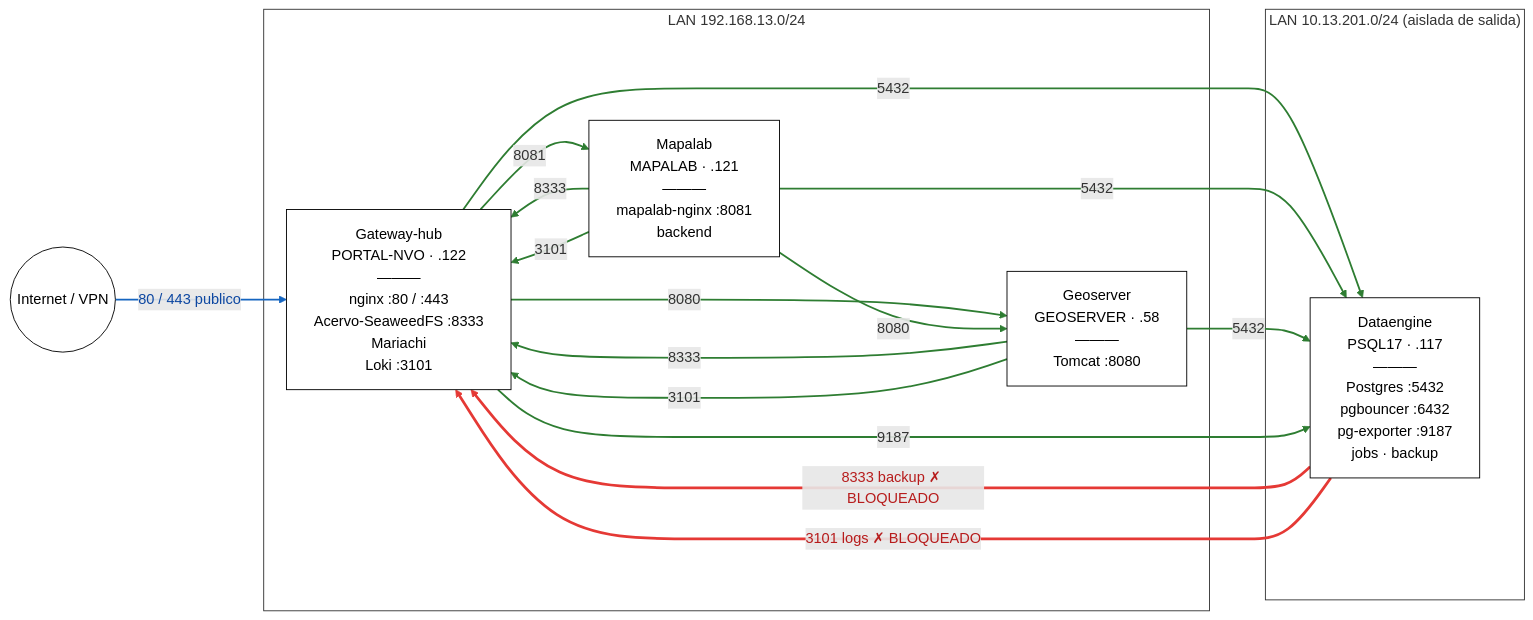
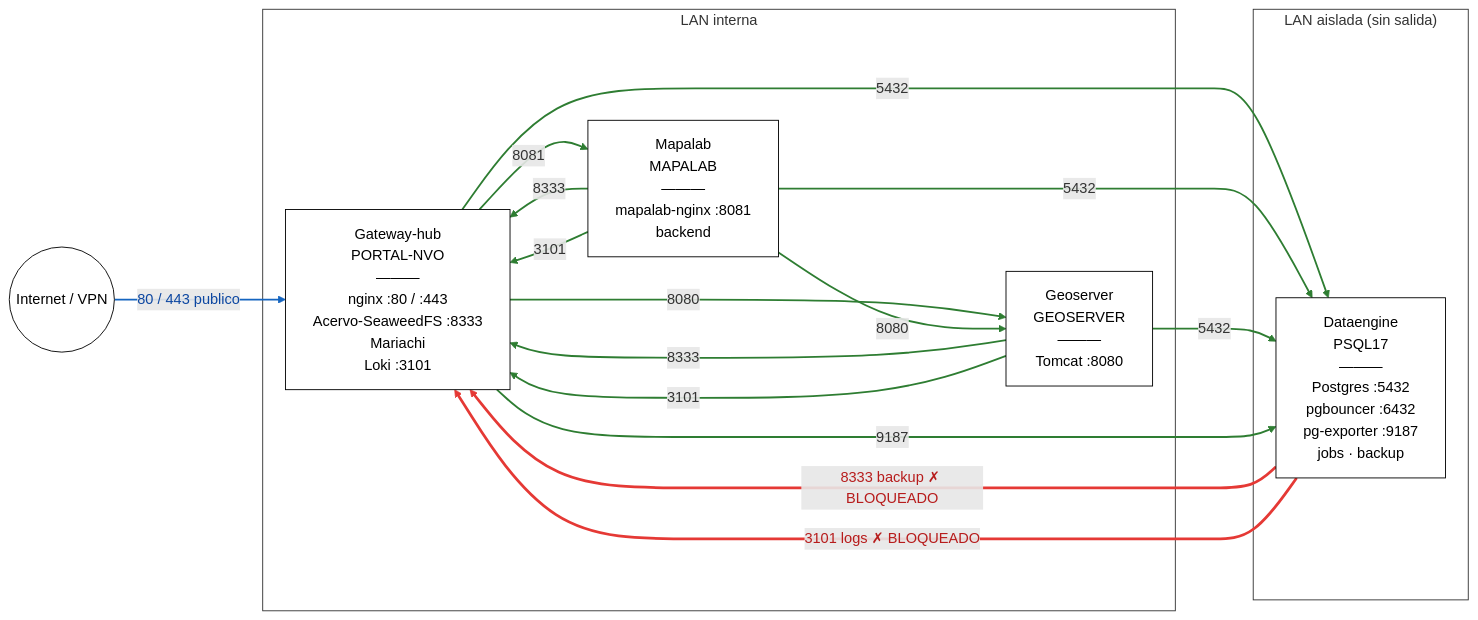
One commit to iieg-oficial/gateway-hub changed the diagram in docs/puertos-produccion.mmd. Above: the diagram before and after it, drawn with Mermaid. The commit also changed 4 other files, not shown here.

```diff
--- a/docs/puertos-produccion.mmd
+++ b/docs/puertos-produccion.mmd
@@ -1,34 +1,34 @@
 flowchart LR
   NET(("Internet / VPN"))
 
-  subgraph LANA["LAN 192.168.13.0/24"]
-    S1["Gateway-hub<br/>PORTAL-NVO · .122<br/>———<br/>nginx :80 / :443<br/>Acervo-SeaweedFS :8333<br/>Mariachi<br/>Loki :3101"]
-    S2["Mapalab<br/>MAPALAB · .121<br/>———<br/>mapalab-nginx :8081<br/>backend"]
-    S3["Geoserver<br/>GEOSERVER · .58<br/>———<br/>Tomcat :8080"]
+  subgraph LANA["LAN interna"]
+    S1["Gateway-hub<br/>PORTAL-NVO<br/>———<br/>nginx :80 / :443<br/>Acervo-SeaweedFS :8333<br/>Mariachi<br/>Loki :3101"]
+    S2["Mapalab<br/>MAPALAB<br/>———<br/>mapalab-nginx :8081<br/>backend"]
+    S3["Geoserver<br/>GEOSERVER<br/>———<br/>Tomcat :8080"]
   end
-  subgraph LANB["LAN 10.13.201.0/24 (aislada de salida)"]
-    S4["Dataengine<br/>PSQL17 · .117<br/>———<br/>Postgres :5432<br/>pgbouncer :6432<br/>pg-exporter :9187<br/>jobs · backup"]
+  subgraph LANB["LAN aislada (sin salida)"]
+    S4["Dataengine<br/>PSQL17<br/>———<br/>Postgres :5432<br/>pgbouncer :6432<br/>pg-exporter :9187<br/>jobs · backup"]
   end
 
   NET -->|"80 / 443 publico"| S1
   S1 -->|"5432"| S4
   S2 -->|"5432"| S4
   S3 -->|"5432"| S4
   S1 -->|"8081"| S2
   S1 -->|"8080"| S3
   S2 -->|"8080"| S3
   S2 -->|"8333"| S1
   S3 -->|"8333"| S1
   S4 ==>|"8333 backup ✗ BLOQUEADO"| S1
   S4 ==>|"3101 logs ✗ BLOQUEADO"| S1
   S2 -->|"3101"| S1
   S3 -->|"3101"| S1
   S1 -->|"9187"| S4
 
   linkStyle 0 stroke:#1565c0,stroke-width:2px,color:#0d47a1
   linkStyle 1,2,3,4,5,6,7,8,11,12,13 stroke:#2e7d32,stroke-width:2px
   linkStyle 9,10 stroke:#e53935,stroke-width:3px,color:#b71c1c
   classDef nodo fill:#ffffff,stroke:#000000,stroke-width:1px,color:#000000
   class NET,S1,S2,S3,S4 nodo
   style LANA fill:#ffffff,stroke:#333333
   style LANB fill:#ffffff,stroke:#333333
```
